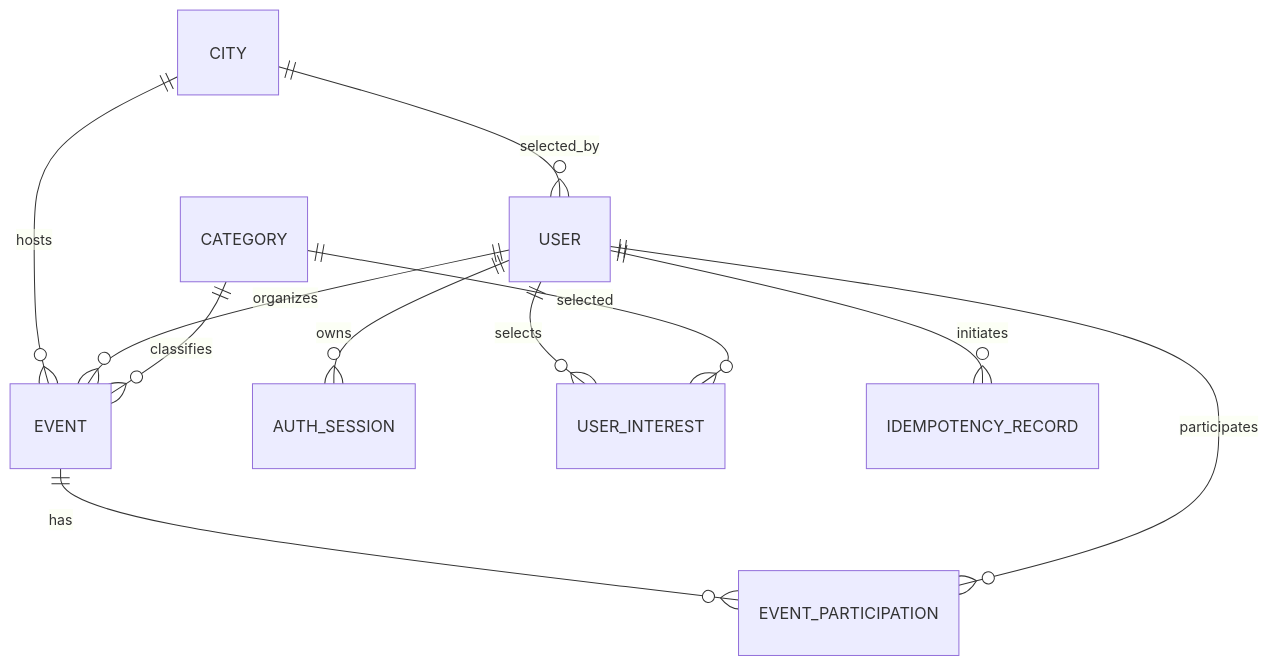
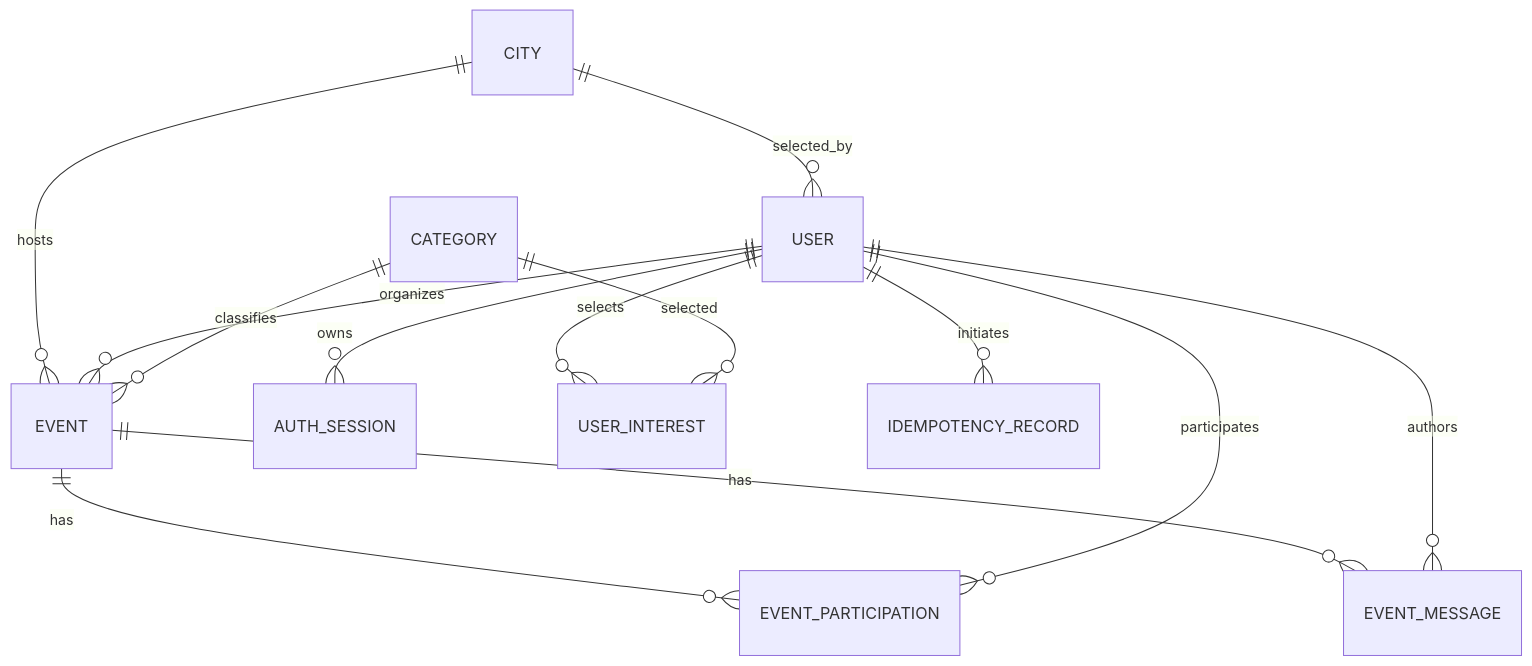
Before and after one commit to Gigaw/JoinUp: the diagram in docs/architecture/data-model.md, drawn with Mermaid. The commit also changed other lines of this file and 24 other files, not shown here.

````diff
--- a/docs/architecture/data-model.md
+++ b/docs/architecture/data-model.md
@@ -23,13 +23,15 @@
 ```mermaid
 erDiagram
     CITY ||--o{ USER : selected_by
     CITY ||--o{ EVENT : hosts
     USER ||--o{ AUTH_SESSION : owns
     USER ||--o{ USER_INTEREST : selects
     CATEGORY ||--o{ USER_INTEREST : selected
     USER ||--o{ EVENT : organizes
     CATEGORY ||--o{ EVENT : classifies
     EVENT ||--o{ EVENT_PARTICIPATION : has
+    EVENT ||--o{ EVENT_MESSAGE : has
     USER ||--o{ EVENT_PARTICIPATION : participates
+    USER ||--o{ EVENT_MESSAGE : authors
     USER ||--o{ IDEMPOTENCY_RECORD : initiates
 ```
````
